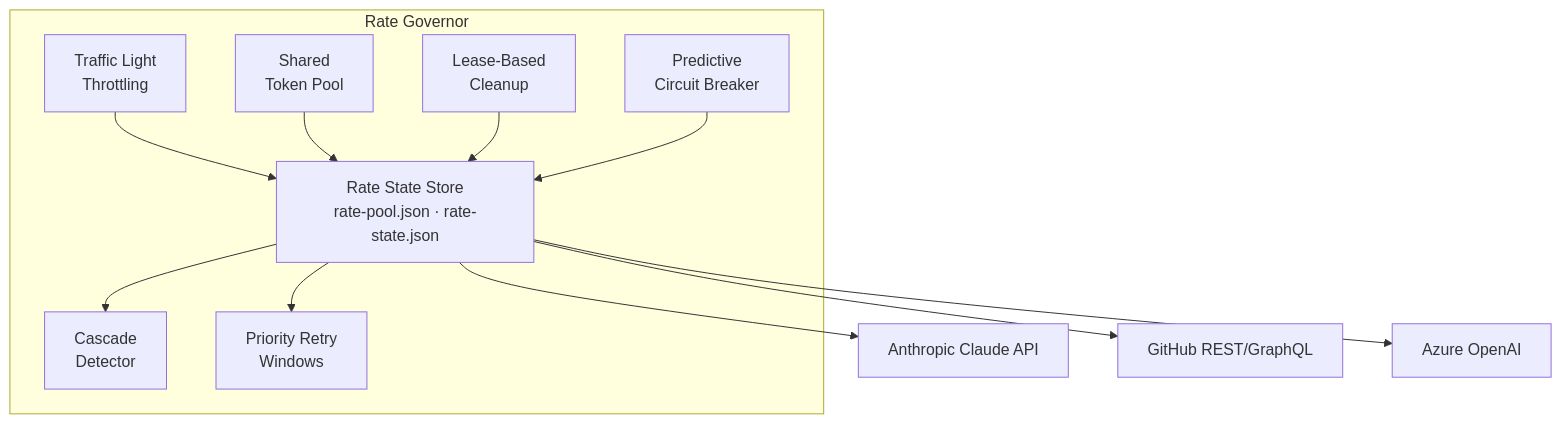
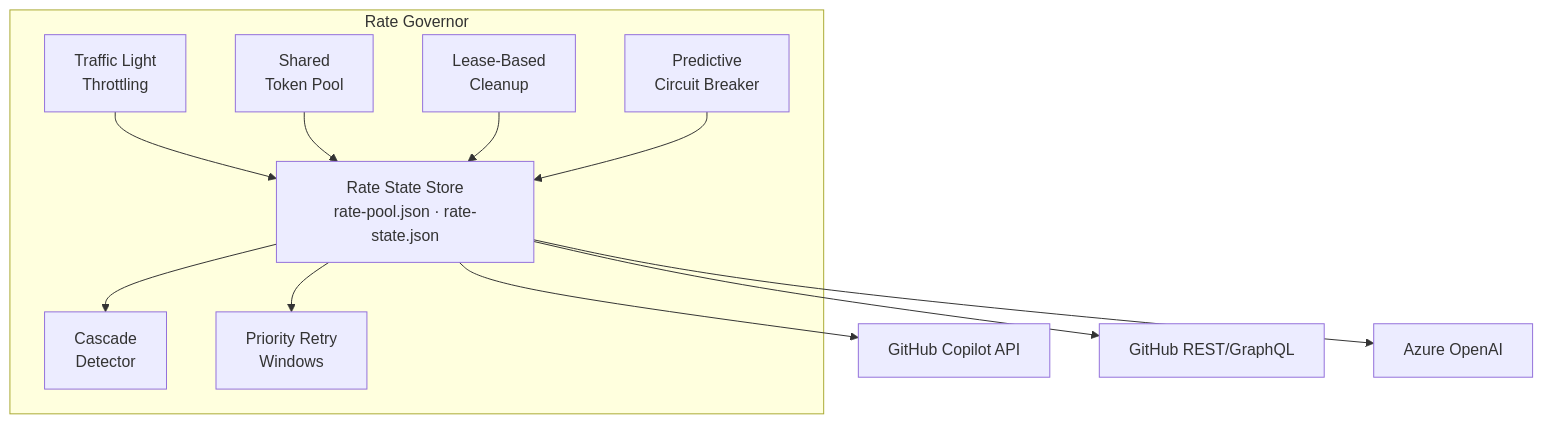
Before and after one commit to tamirdresher/tamirdresher.github.io: the first of 4 diagrams in _posts/2026-03-20-rate-limiting-multi-agent.md, drawn with Mermaid. The commit also changed other lines of this file, not shown here.

First line of the commit message:
fix: correct API references, timeline, and voice per #1281

````diff
--- a/_posts/2026-03-20-rate-limiting-multi-agent.md
+++ b/_posts/2026-03-20-rate-limiting-multi-agent.md
@@ -56,24 +56,24 @@
 ```mermaid
 graph TD
     subgraph "Rate Governor"
         TL["Traffic Light<br/>Throttling"]
         TP["Shared<br/>Token Pool"]
         CB["Predictive<br/>Circuit Breaker"]
         CD["Cascade<br/>Detector"]
         LB["Lease-Based<br/>Cleanup"]
         PW["Priority Retry<br/>Windows"]
 
         RSS["Rate State Store<br/>rate-pool.json · rate-state.json"]
     end
 
     TL --> RSS
     TP --> RSS
     LB --> RSS
     CB --> RSS
     RSS --> CD
     RSS --> PW
 
-    RSS --> API1["Anthropic Claude API"]
+    RSS --> API1["GitHub Copilot API"]
     RSS --> API2["GitHub REST/GraphQL"]
     RSS --> API3["Azure OpenAI"]
 ```
````
